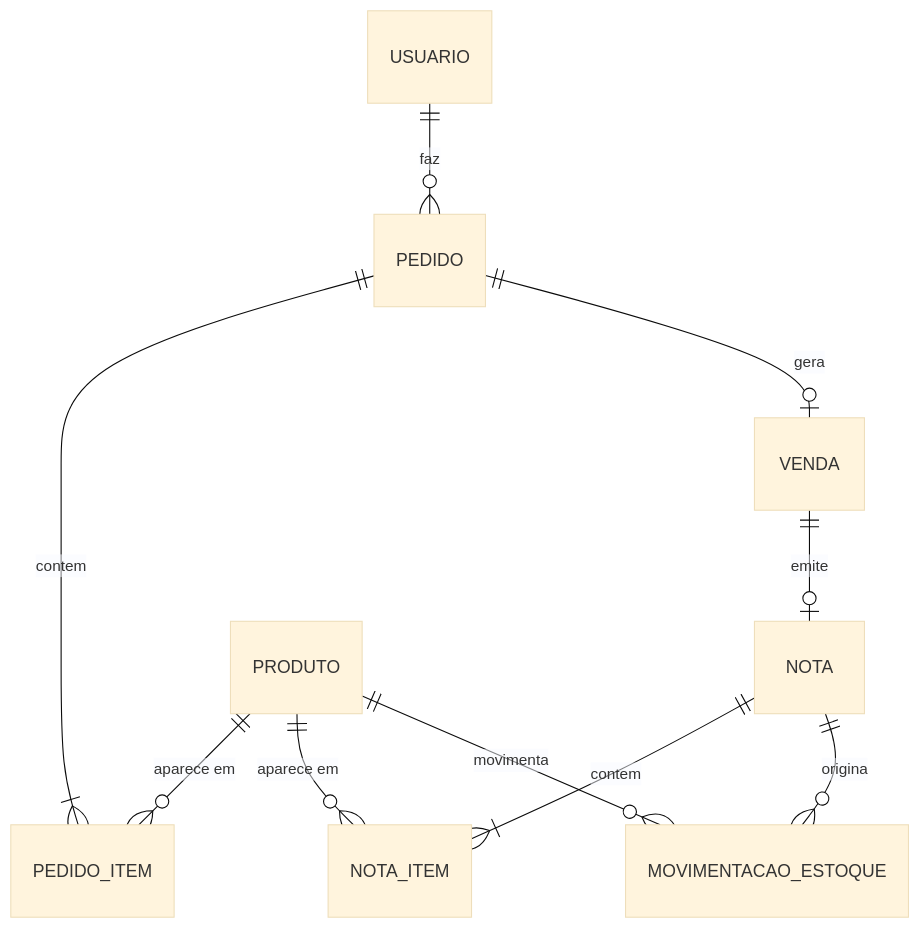
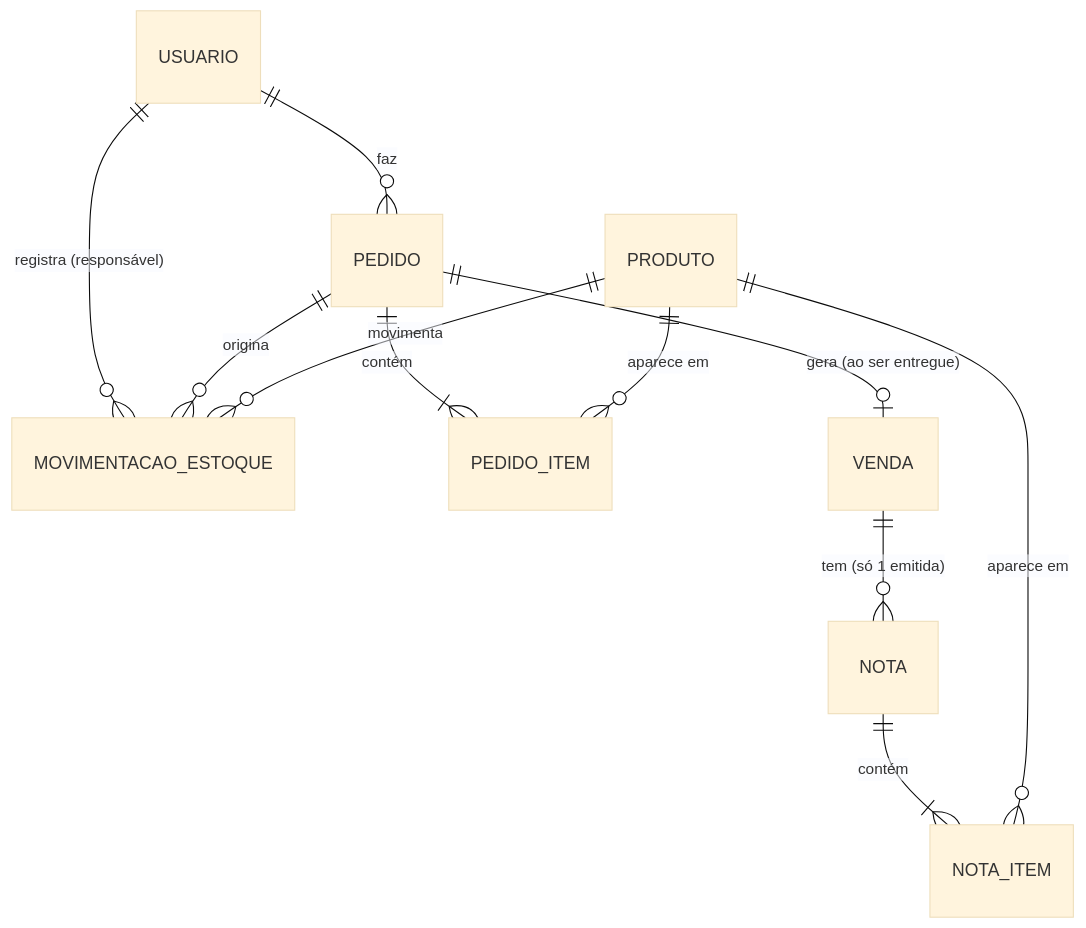
The sixth of 9 diagrams in README.md (Protagonistas-ADS/PI-2), drawn with Mermaid (base theme) before and after one commit. The commit also changed other lines of this file, not shown here.

Commit message:
docs(readme): incluir prints, diagramas atualizados e melhorias futuras

````diff
--- a/README.md
+++ b/README.md
@@ -303,12 +306,13 @@
 ```mermaid
 erDiagram
     USUARIO ||--o{ PEDIDO : faz
-    PEDIDO ||--|{ PEDIDO_ITEM : contem
-    PEDIDO ||--o| VENDA : gera
-    VENDA ||--o| NOTA : emite
-    NOTA ||--|{ NOTA_ITEM : contem
+    USUARIO ||--o{ MOVIMENTACAO_ESTOQUE : "registra (responsável)"
+    PEDIDO ||--|{ PEDIDO_ITEM : contém
+    PEDIDO ||--o| VENDA : "gera (ao ser entregue)"
+    PEDIDO ||--o{ MOVIMENTACAO_ESTOQUE : origina
+    VENDA ||--o{ NOTA : "tem (só 1 emitida)"
+    NOTA ||--|{ NOTA_ITEM : contém
     PRODUTO ||--o{ PEDIDO_ITEM : "aparece em"
     PRODUTO ||--o{ NOTA_ITEM : "aparece em"
     PRODUTO ||--o{ MOVIMENTACAO_ESTOQUE : movimenta
-    NOTA ||--o{ MOVIMENTACAO_ESTOQUE : origina
 ```
````
